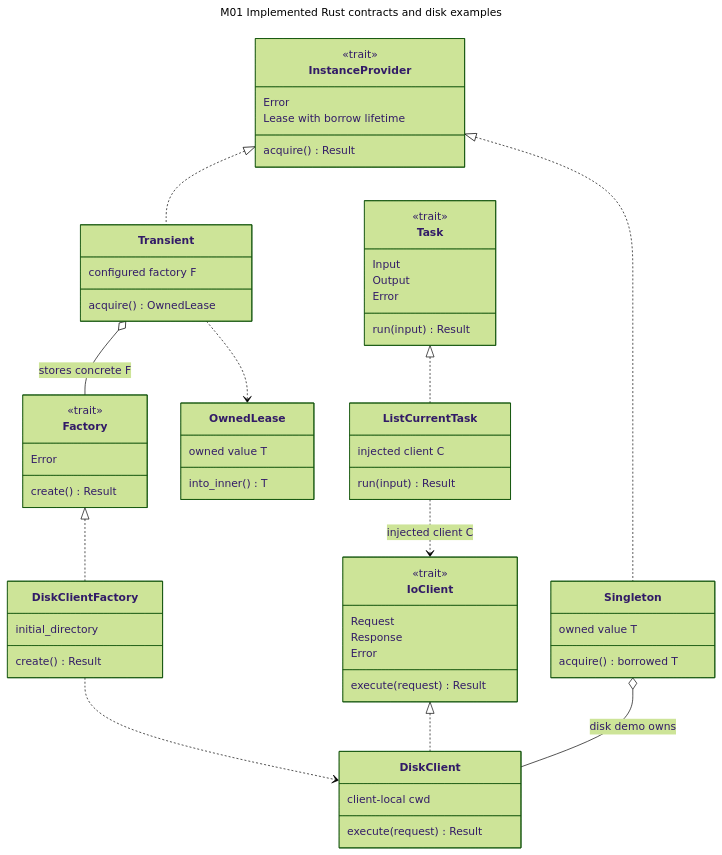
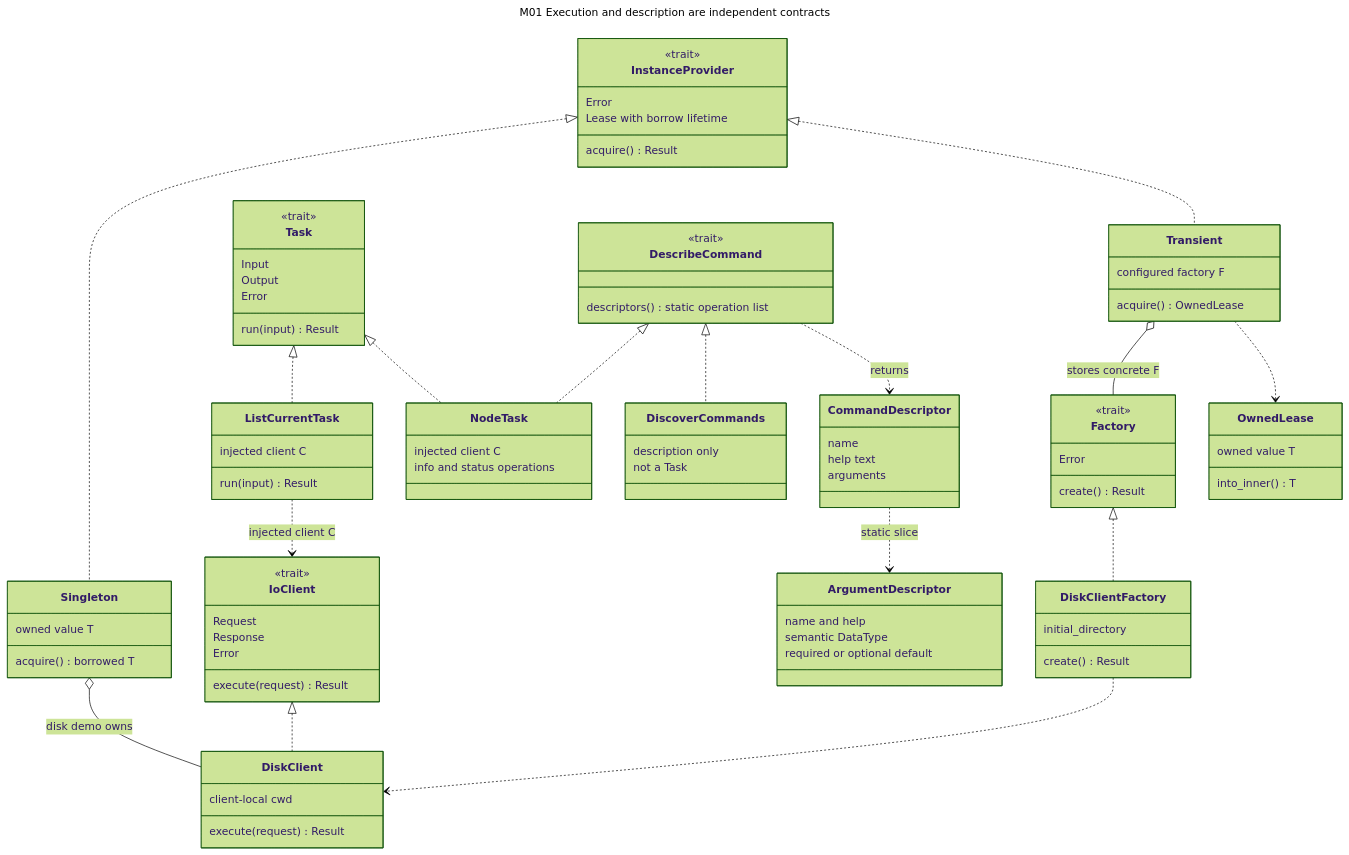
The diagram in docs/architecture/diagrams/mermaid/m01-contracts.mmd (roachmaster/homelab), drawn with Mermaid (forest theme) before and after one commit. The commit also changed 37 other files, not shown here.

Commit message:
Add independent command descriptions and reusable terminal help

```diff
--- a/docs/architecture/diagrams/mermaid/m01-contracts.mmd
+++ b/docs/architecture/diagrams/mermaid/m01-contracts.mmd
@@ -1,64 +1,91 @@
 ---
-title: M01 Implemented Rust contracts and disk examples
+title: M01 Execution and description are independent contracts
 ---
 classDiagram
     direction TB
     class Factory {
         <<trait>>
         Error
         create() Result
     }
     class InstanceProvider {
         <<trait>>
         Error
         Lease with borrow lifetime
         acquire() Result
     }
     class Singleton {
         owned value T
         acquire() borrowed T
     }
     class Transient {
         configured factory F
         acquire() OwnedLease
     }
     class OwnedLease {
         owned value T
         into_inner() T
     }
     class Task {
         <<trait>>
         Input
         Output
         Error
         run(input) Result
     }
+    class DescribeCommand {
+        <<trait>>
+        descriptors() static operation list
+    }
+    class CommandDescriptor {
+        name
+        help text
+        arguments
+    }
+    class ArgumentDescriptor {
+        name and help
+        semantic DataType
+        required or optional default
+    }
+    class NodeTask {
+        injected client C
+        info and status operations
+    }
+    class DiscoverCommands {
+        description only
+        not a Task
+    }
     class IoClient {
         <<trait>>
         Request
         Response
         Error
         execute(request) Result
     }
     class DiskClientFactory {
         initial_directory
         create() Result
     }
     class DiskClient {
         client-local cwd
         execute(request) Result
     }
     class ListCurrentTask {
         injected client C
         run(input) Result
     }
     Factory <|.. DiskClientFactory
     DiskClientFactory ..> DiskClient
     InstanceProvider <|.. Singleton
     InstanceProvider <|.. Transient
     Transient o-- Factory : stores concrete F
     Transient ..> OwnedLease
     IoClient <|.. DiskClient
     Task <|.. ListCurrentTask
     ListCurrentTask ..> IoClient : injected client C
     Singleton o-- DiskClient : disk demo owns
+    Task <|.. NodeTask
+    DescribeCommand <|.. NodeTask
+    DescribeCommand <|.. DiscoverCommands
+    DescribeCommand ..> CommandDescriptor : returns
+    CommandDescriptor ..> ArgumentDescriptor : static slice
```
